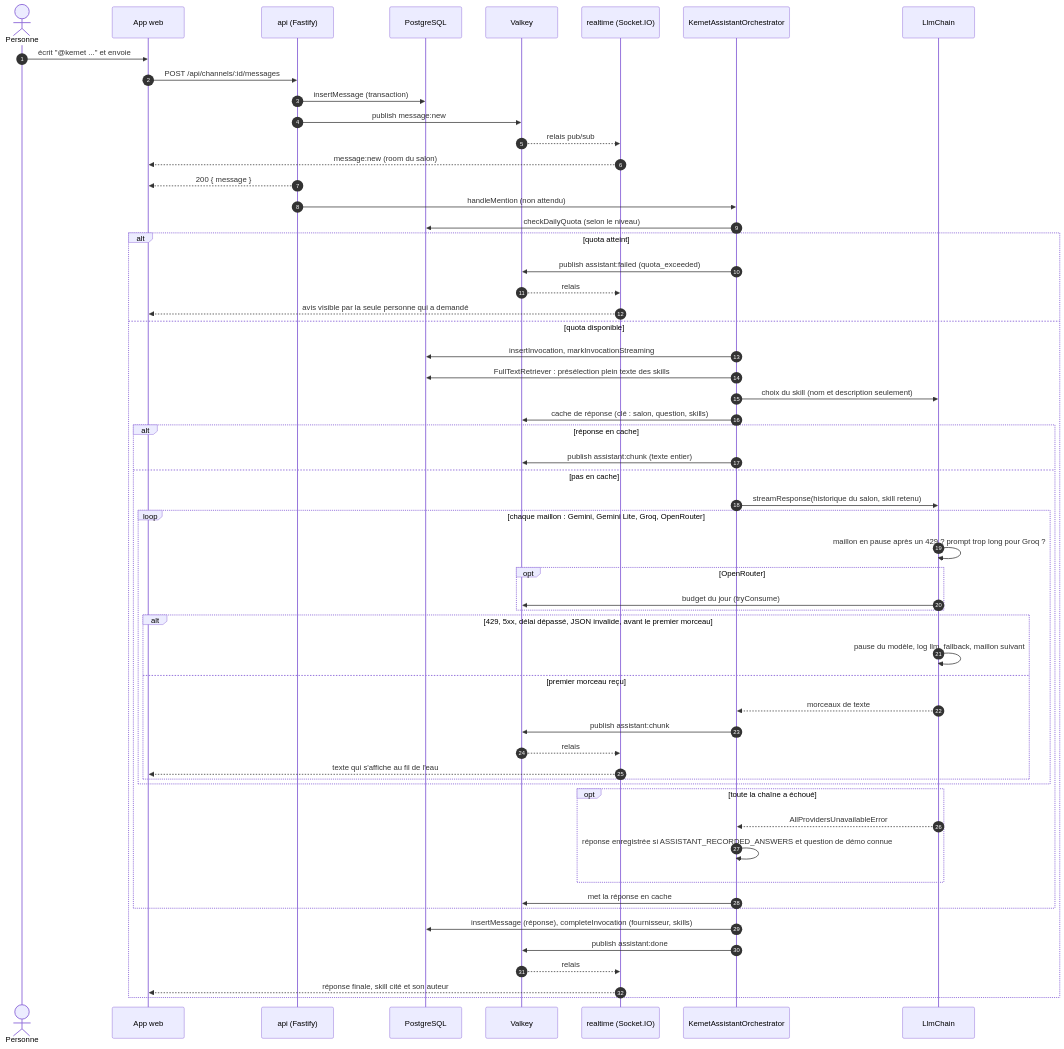
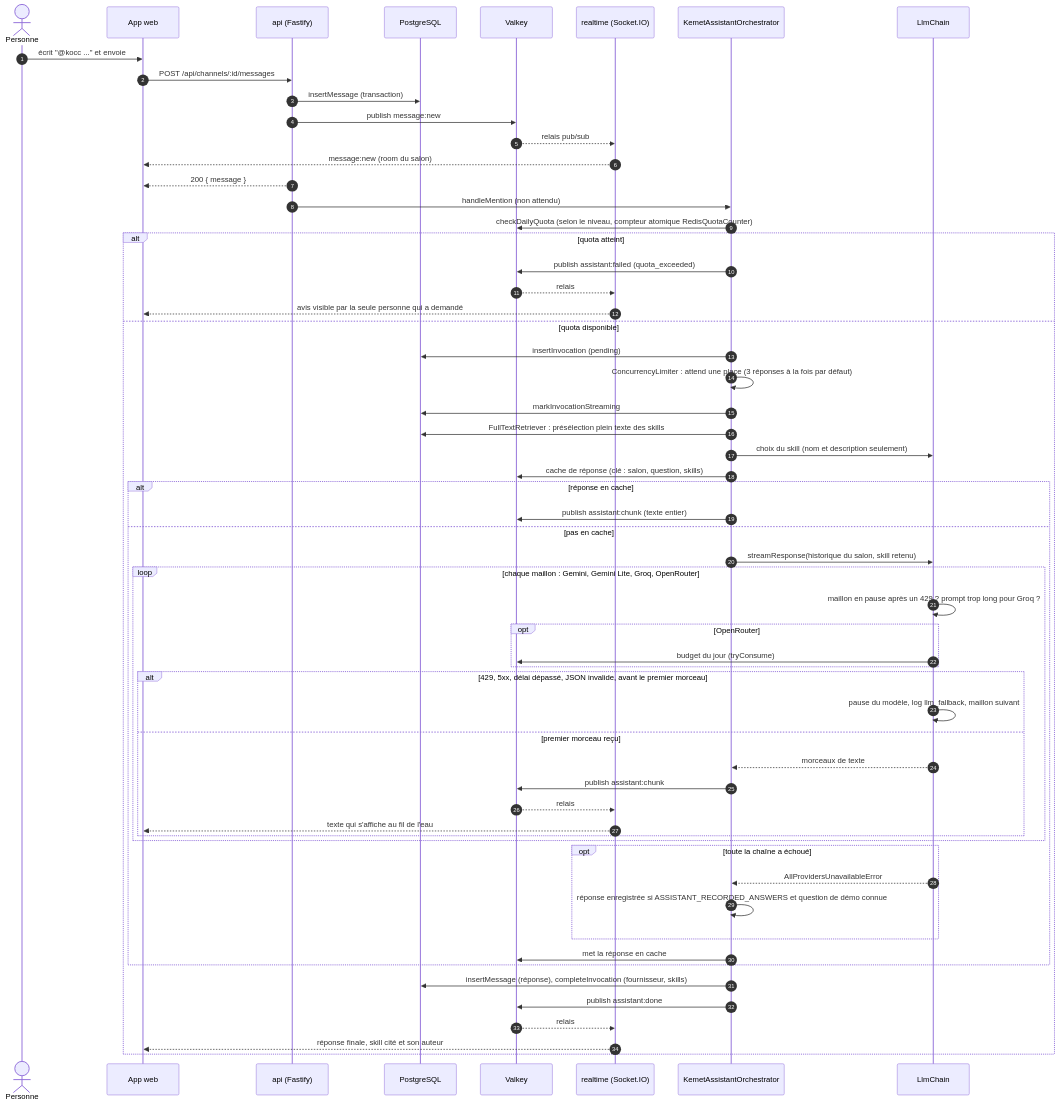
The diagram in docs/conception/sequence-assistant.md (CheikhMbackeCisse/kemet-cadev), drawn with Mermaid before and after one commit. The commit also changed other lines of this file and 8 other files, not shown here.

Commit message:
docs: rewrite the AI declaration and bring the design diagrams up to date

````diff
--- a/docs/conception/sequence-assistant.md
+++ b/docs/conception/sequence-assistant.md
@@ -10,61 +13,63 @@
 ```mermaid
 sequenceDiagram
   autonumber
   actor P as Personne
   participant W as App web
   participant API as api (Fastify)
   participant DB as PostgreSQL
   participant V as Valkey
   participant RT as realtime (Socket.IO)
   participant O as KemetAssistantOrchestrator
   participant C as LlmChain
 
-  P->>W: écrit "@kemet ..." et envoie
+  P->>W: écrit "@kocc ..." et envoie
   W->>API: POST /api/channels/:id/messages
   API->>DB: insertMessage (transaction)
   API->>V: publish message:new
   V-->>RT: relais pub/sub
   RT-->>W: message:new (room du salon)
   API-->>W: 200 { message }
   API->>O: handleMention (non attendu)
 
-  O->>DB: checkDailyQuota (selon le niveau)
+  O->>V: checkDailyQuota (selon le niveau, compteur atomique RedisQuotaCounter)
   alt quota atteint
     O->>V: publish assistant:failed (quota_exceeded)
     V-->>RT: relais
     RT-->>W: avis visible par la seule personne qui a demandé
   else quota disponible
-    O->>DB: insertInvocation, markInvocationStreaming
+    O->>DB: insertInvocation (pending)
+    O->>O: ConcurrencyLimiter : attend une place (3 réponses à la fois par défaut)
+    O->>DB: markInvocationStreaming
     O->>DB: FullTextRetriever : présélection plein texte des skills
     O->>C: choix du skill (nom et description seulement)
     O->>V: cache de réponse (clé : salon, question, skills)
     alt réponse en cache
       O->>V: publish assistant:chunk (texte entier)
     else pas en cache
       O->>C: streamResponse(historique du salon, skill retenu)
       loop chaque maillon : Gemini, Gemini Lite, Groq, OpenRouter
         C->>C: maillon en pause après un 429 ? prompt trop long pour Groq ?
         opt OpenRouter
           C->>V: budget du jour (tryConsume)
         end
         alt 429, 5xx, délai dépassé, JSON invalide, avant le premier morceau
           C->>C: pause du modèle, log llm_fallback, maillon suivant
         else premier morceau reçu
           C-->>O: morceaux de texte
           O->>V: publish assistant:chunk
           V-->>RT: relais
           RT-->>W: texte qui s'affiche au fil de l'eau
         end
       end
       opt toute la chaîne a échoué
         C-->>O: AllProvidersUnavailableError
         O->>O: réponse enregistrée si ASSISTANT_RECORDED_ANSWERS et question de démo connue
       end
       O->>V: met la réponse en cache
     end
     O->>DB: insertMessage (réponse), completeInvocation (fournisseur, skills)
     O->>V: publish assistant:done
     V-->>RT: relais
     RT-->>W: réponse finale, skill cité et son auteur
   end
 ```
````
